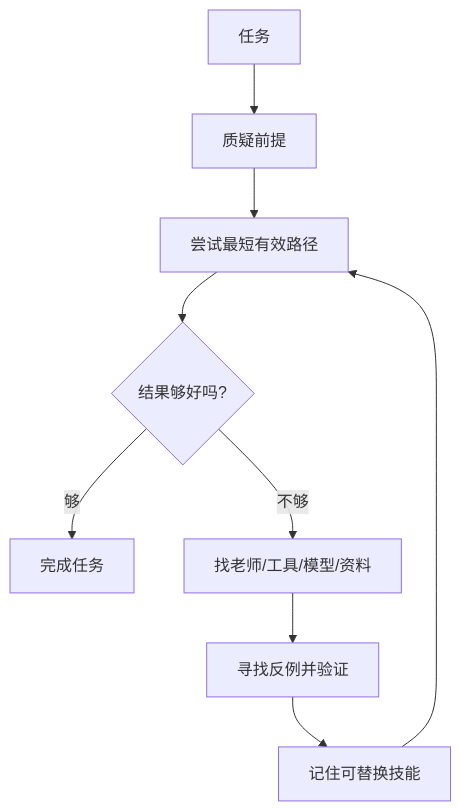
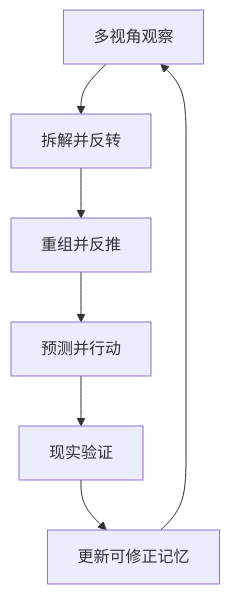
The diagram in README.zh-CN.md (chenjiatong1989-pixel/AI-Apprentice), drawn with Mermaid before and after one commit. The commit also changed other lines of this file and 7 other files, not shown here.

````diff
--- a/README.zh-CN.md
+++ b/README.zh-CN.md
@@ -28,11 +9,9 @@
 ```mermaid
 flowchart TD
-    A[任务] --> B[质疑前提]
-    B --> C[尝试最短有效路径]
-    C --> D{结果够好吗?}
-    D -- 够 --> E[完成任务]
-    D -- 不够 --> F[找老师/工具/模型/资料]
-    F --> G[寻找反例并验证]
-    G --> H[记住可替换技能]
-    H --> C
+    A[多视角观察] --> B[拆解并反转]
+    B --> C[重组并反推]
+    C --> D[预测并行动]
+    D --> E[现实验证]
+    E --> F[更新可修正记忆]
+    F --> A
 ```
````
